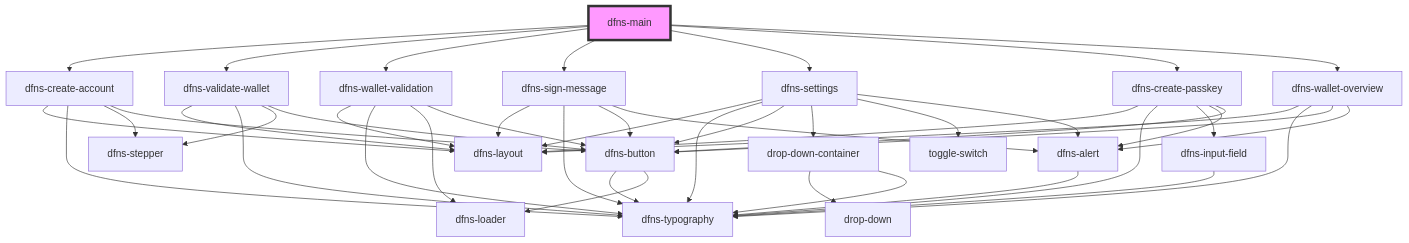
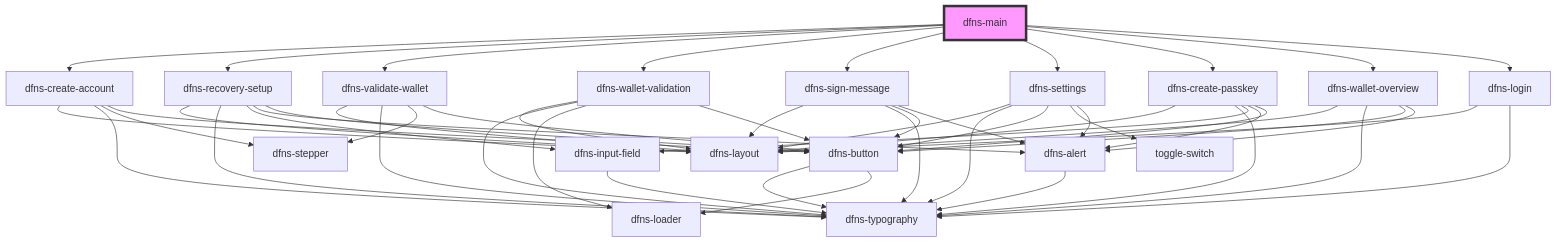
Before and after one commit to dfnsext/web-ui: the diagram in src/components/Pages/dfns-main/readme.md, drawn with Mermaid. The commit also changed other lines of this file and 22 other files, not shown here.

````diff
--- a/src/components/Pages/dfns-main/readme.md
+++ b/src/components/Pages/dfns-main/readme.md
@@ -30,48 +32,54 @@
 ```mermaid
 graph TD;
   dfns-main --> dfns-create-account
+  dfns-main --> dfns-recovery-setup
   dfns-main --> dfns-validate-wallet
   dfns-main --> dfns-wallet-validation
   dfns-main --> dfns-sign-message
   dfns-main --> dfns-settings
   dfns-main --> dfns-create-passkey
   dfns-main --> dfns-wallet-overview
+  dfns-main --> dfns-login
   dfns-create-account --> dfns-layout
   dfns-create-account --> dfns-typography
   dfns-create-account --> dfns-stepper
   dfns-create-account --> dfns-button
   dfns-button --> dfns-typography
   dfns-button --> dfns-loader
+  dfns-recovery-setup --> dfns-layout
+  dfns-recovery-setup --> dfns-typography
+  dfns-recovery-setup --> dfns-input-field
+  dfns-recovery-setup --> dfns-alert
+  dfns-recovery-setup --> dfns-button
+  dfns-input-field --> dfns-typography
+  dfns-alert --> dfns-typography
   dfns-validate-wallet --> dfns-layout
   dfns-validate-wallet --> dfns-typography
   dfns-validate-wallet --> dfns-stepper
   dfns-validate-wallet --> dfns-button
   dfns-wallet-validation --> dfns-layout
   dfns-wallet-validation --> dfns-typography
   dfns-wallet-validation --> dfns-loader
   dfns-wallet-validation --> dfns-button
   dfns-sign-message --> dfns-layout
   dfns-sign-message --> dfns-typography
   dfns-sign-message --> dfns-button
   dfns-sign-message --> dfns-alert
-  dfns-alert --> dfns-typography
   dfns-settings --> dfns-layout
   dfns-settings --> dfns-typography
   dfns-settings --> dfns-button
-  dfns-settings --> drop-down-container
   dfns-settings --> toggle-switch
   dfns-settings --> dfns-alert
-  drop-down-container --> drop-down
-  drop-down-container --> dfns-typography
   dfns-create-passkey --> dfns-layout
   dfns-create-passkey --> dfns-typography
   dfns-create-passkey --> dfns-input-field
   dfns-create-passkey --> dfns-alert
   dfns-create-passkey --> dfns-button
-  dfns-input-field --> dfns-typography
   dfns-wallet-overview --> dfns-layout
   dfns-wallet-overview --> dfns-typography
   dfns-wallet-overview --> dfns-button
   dfns-wallet-overview --> dfns-alert
+  dfns-login --> dfns-layout
+  dfns-login --> dfns-typography
   style dfns-main fill:#f9f,stroke:#333,stroke-width:4px
 ```
````
